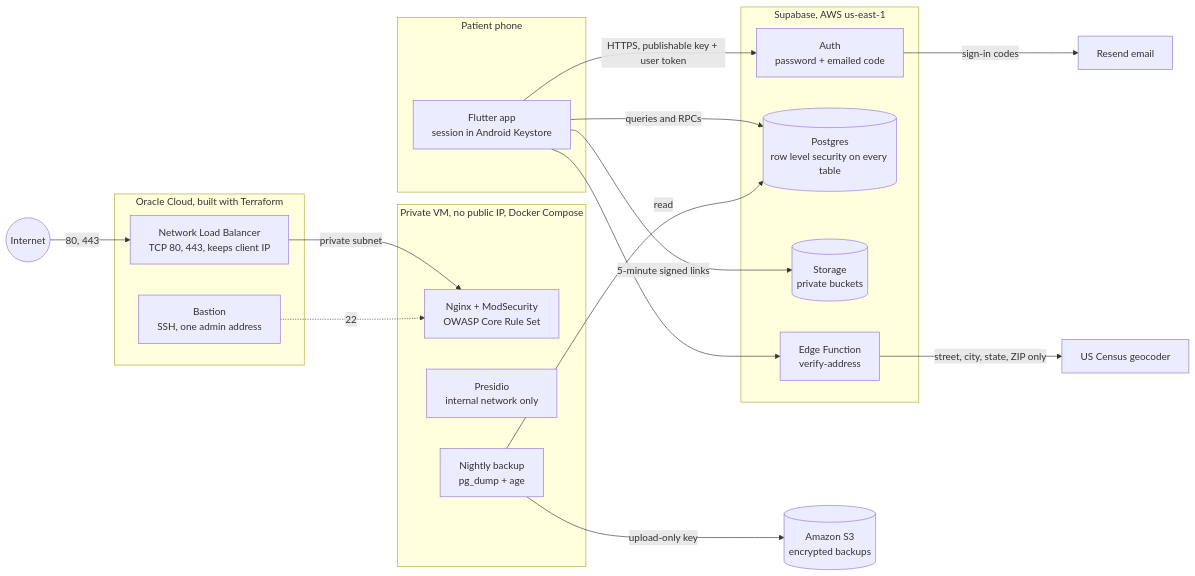
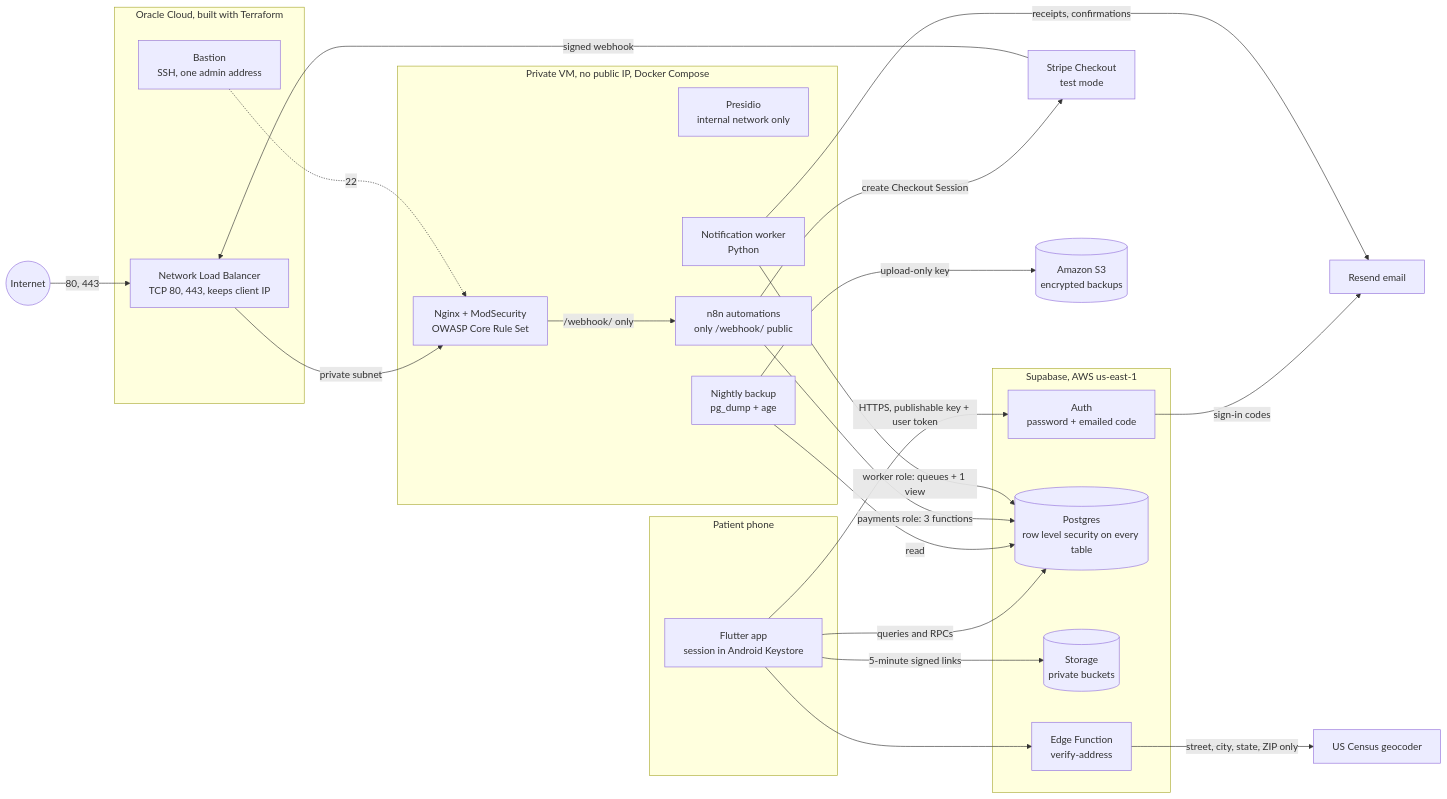
One commit to FionaMich/northgate-dental changed the first of 3 diagrams in README.md. Above: the diagram before and after it, drawn with Mermaid. The commit also changed other lines of this file and 6 other files, not shown here.

````diff
--- a/README.md
+++ b/README.md
@@ -19,34 +19,43 @@
 ```mermaid
 flowchart LR
   subgraph phone[Patient phone]
     app[Flutter app<br/>session in Android Keystore]
   end
   subgraph supabase[Supabase, AWS us-east-1]
     auth[Auth<br/>password + emailed code]
     db[(Postgres<br/>row level security on every table)]
     storage[(Storage<br/>private buckets)]
     fn[Edge Function<br/>verify-address]
   end
   subgraph oci[Oracle Cloud, built with Terraform]
     nlb[Network Load Balancer<br/>TCP 80, 443, keeps client IP]
     bastion[Bastion<br/>SSH, one admin address]
   end
   subgraph vm[Private VM, no public IP, Docker Compose]
     waf[Nginx + ModSecurity<br/>OWASP Core Rule Set]
     presidio[Presidio<br/>internal network only]
     backup[Nightly backup<br/>pg_dump + age]
+    worker[Notification worker<br/>Python]
+    n8n[n8n automations<br/>only /webhook/ public]
   end
   census[US Census geocoder]
   resend[Resend email]
+  stripe[Stripe Checkout<br/>test mode]
   s3[(Amazon S3<br/>encrypted backups)]
 
   app -->|HTTPS, publishable key + user token| auth
   app -->|queries and RPCs| db
   app -->|5-minute signed links| storage
   app --> fn -->|street, city, state, ZIP only| census
   auth -->|sign-in codes| resend
   internet((Internet)) -->|80, 443| nlb -->|private subnet| waf
   bastion -.->|22| waf
   backup -->|read| db
   backup -->|upload-only key| s3
+  waf -->|/webhook/ only| n8n
+  stripe -->|signed webhook| nlb
+  n8n -->|payments role: 3 functions| db
+  n8n -->|create Checkout Session| stripe
+  worker -->|worker role: queues + 1 view| db
+  worker -->|receipts, confirmations| resend
 ```
````
